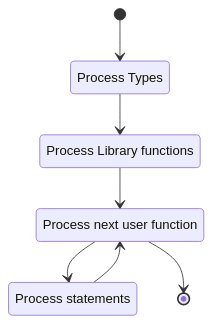
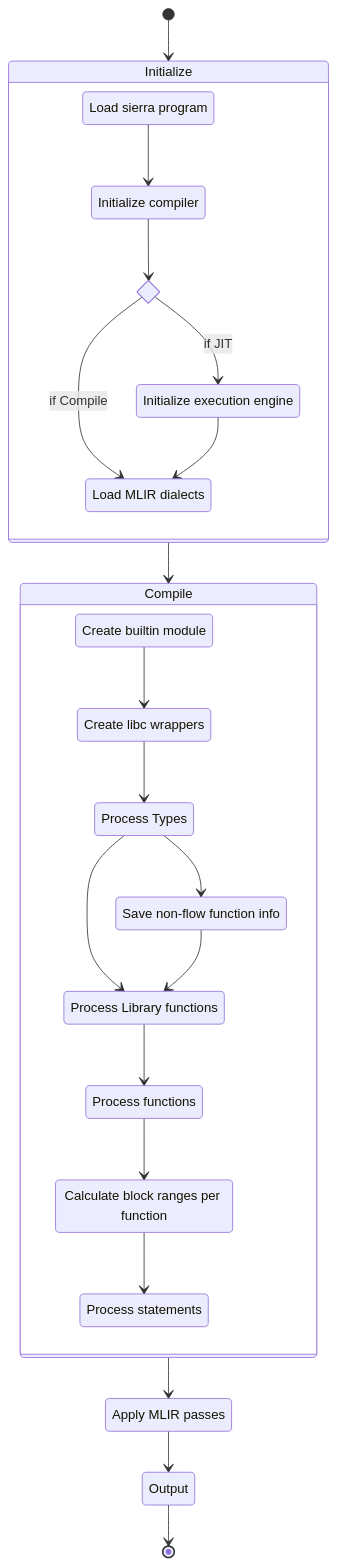
One commit to lambdaclass/cairo_native changed the diagram in docs/src/intro.md. Above: the diagram before and after it, drawn with Mermaid. The commit also changed other lines of this file and 3 other files, not shown here.

````diff
--- a/docs/src/intro.md
+++ b/docs/src/intro.md
@@ -8,13 +7,39 @@
 ```mermaid
 stateDiagram-v2
+    state "Load sierra program" as sierra
+    state "Initialize compiler" as init
+    state "Initialize execution engine" as engine
+    state if_skip_jit <<choice>>
+    state "Load MLIR dialects" as dialects
+    state "Create builtin module" as module
+    state "Create libc wrappers" as libc
     state "Process Types" as types
     state "Process Library functions" as libfuncs
-    state "Process next user function" as funcs
+    state "Save non-flow function info" as func_info
+    state "Process functions" as funcs
+    state "Calculate block ranges per function" as blocks
     state "Process statements" as statements
-    [*] --> types
-    types --> libfuncs
-    libfuncs --> funcs
-    funcs --> statements
-    statements --> funcs
-    funcs --> [*]
+    state "Apply MLIR passes" as passes
+    [*] --> Initialize
+    state Initialize {
+        sierra --> init
+        init --> if_skip_jit
+        if_skip_jit --> engine: if JIT
+        if_skip_jit --> dialects: if Compile
+        engine --> dialects
+    }
+    Initialize --> Compile
+    state Compile {
+        module --> libc
+        libc --> types
+        types --> libfuncs
+        types --> func_info
+        func_info --> libfuncs
+        libfuncs --> funcs
+        funcs --> blocks
+        blocks --> statements
+    }
+    Compile --> passes
+    passes --> Output
+    Output --> [*]
 ```
````
